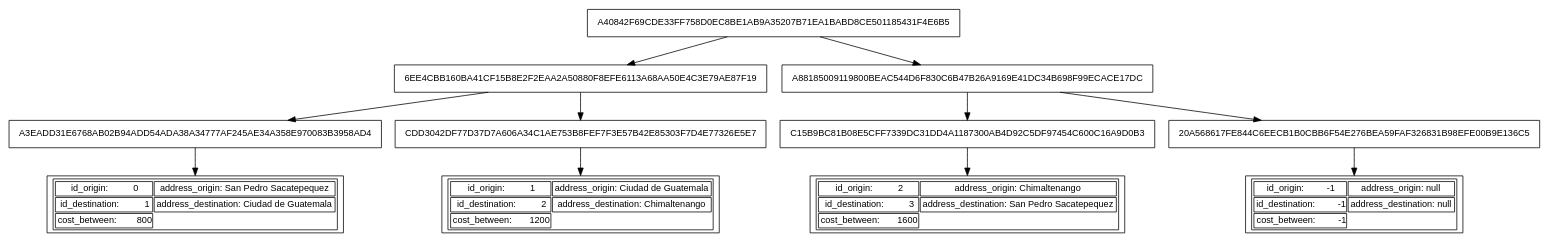
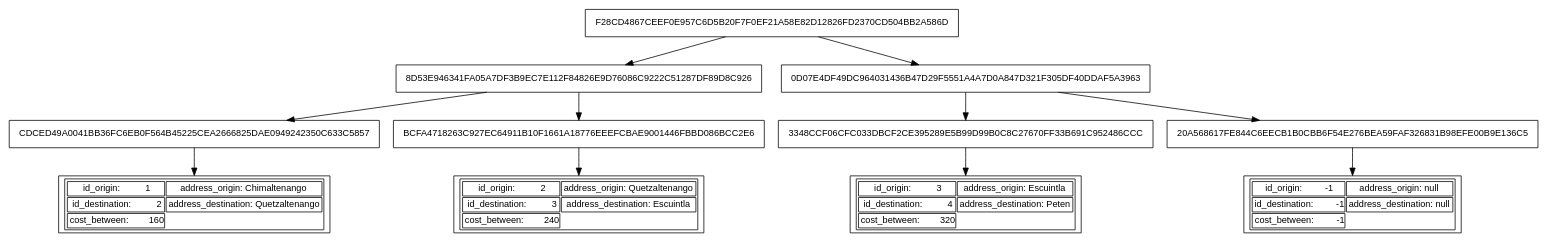
The diagram in Fase 3/outputs/merkle.dot (DiegoCali/EDD_PROYECTO_202201128), drawn with Graphviz before and after one commit. The commit also changed 3 other files, not shown here.

```diff
--- a/Fase 3/outputs/merkle.dot
+++ b/Fase 3/outputs/merkle.dot
@@ -1,48 +1,48 @@
 digraph Merkle_tree {
 node [shape=record, fontname=Arial, fontsize=12];
-16 [label="A40842F69CDE33FF758D0EC8BE1AB9A35207B71EA1BABD8CE501185431F4E6B5"];
-16 -> 17;
-16 -> 20;
-17 [label="6EE4CBB160BA41CF15B8E2F2EAA2A50880F8EFE6113A68AA50E4C3E79AE87F19"];
-17 -> 18;
-17 -> 19;
-18 [label="A3EADD31E6768AB02B94ADD54ADA38A34777AF245AE34A358E970083B3958AD4"];
-12 [label=<<TABLE><TR>
-<TD>id_origin:          0</TD>
-<TD>address_origin: San Pedro Sacatepequez</TD></TR>
-<TR><TD>id_destination:          1</TD>
-<TD>address_destination: Ciudad de Guatemala</TD></TR>
-<TR><TD>cost_between:        800</TD></TR>
+5 [label="F28CD4867CEEF0E957C6D5B20F7F0EF21A58E82D12826FD2370CD504BB2A586D"];
+5 -> 6;
+5 -> 9;
+6 [label="8D53E946341FA05A7DF3B9EC7E112F84826E9D76086C9222C51287DF89D8C926"];
+6 -> 7;
+6 -> 8;
+7 [label="CDCED49A0041BB36FC6EB0F564B45225CEA2666825DAE0949242350C633C5857"];
+1 [label=<<TABLE><TR>
+<TD>id_origin:          1</TD>
+<TD>address_origin: Chimaltenango</TD></TR>
+<TR><TD>id_destination:          2</TD>
+<TD>address_destination: Quetzaltenango</TD></TR>
+<TR><TD>cost_between:        160</TD></TR>
 </TABLE>>];
-18 -> 12;
-19 [label="CDD3042DF77D37D7A606A34C1AE753B8FEF7F3E57B42E85303F7D4E77326E5E7"];
-13 [label=<<TABLE><TR>
-<TD>id_origin:          1</TD>
-<TD>address_origin: Ciudad de Guatemala</TD></TR>
-<TR><TD>id_destination:          2</TD>
-<TD>address_destination: Chimaltenango</TD></TR>
-<TR><TD>cost_between:       1200</TD></TR>
+7 -> 1;
+8 [label="BCFA4718263C927EC64911B10F1661A18776EEEFCBAE9001446FBBD086BCC2E6"];
+2 [label=<<TABLE><TR>
+<TD>id_origin:          2</TD>
+<TD>address_origin: Quetzaltenango</TD></TR>
+<TR><TD>id_destination:          3</TD>
+<TD>address_destination: Escuintla</TD></TR>
+<TR><TD>cost_between:        240</TD></TR>
 </TABLE>>];
-19 -> 13;
-20 [label="A88185009119800BEAC544D6F830C6B47B26A9169E41DC34B698F99ECACE17DC"];
-20 -> 21;
-20 -> 22;
-21 [label="C15B9BC81B08E5CFF7339DC31DD4A1187300AB4D92C5DF97454C600C16A9D0B3"];
-14 [label=<<TABLE><TR>
-<TD>id_origin:          2</TD>
-<TD>address_origin: Chimaltenango</TD></TR>
-<TR><TD>id_destination:          3</TD>
-<TD>address_destination: San Pedro Sacatepequez</TD></TR>
-<TR><TD>cost_between:       1600</TD></TR>
+8 -> 2;
+9 [label="0D07E4DF49DC964031436B47D29F5551A4A7D0A847D321F305DF40DDAF5A3963"];
+9 -> 10;
+9 -> 11;
+10 [label="3348CCF06CFC033DBCF2CE395289E5B99D99B0C8C27670FF33B691C952486CCC"];
+3 [label=<<TABLE><TR>
+<TD>id_origin:          3</TD>
+<TD>address_origin: Escuintla</TD></TR>
+<TR><TD>id_destination:          4</TD>
+<TD>address_destination: Peten</TD></TR>
+<TR><TD>cost_between:        320</TD></TR>
 </TABLE>>];
-21 -> 14;
-22 [label="20A568617FE844C6EECB1B0CBB6F54E276BEA59FAF326831B98EFE00B9E136C5"];
-15 [label=<<TABLE><TR>
+10 -> 3;
+11 [label="20A568617FE844C6EECB1B0CBB6F54E276BEA59FAF326831B98EFE00B9E136C5"];
+4 [label=<<TABLE><TR>
 <TD>id_origin:         -1</TD>
 <TD>address_origin: null</TD></TR>
 <TR><TD>id_destination:         -1</TD>
 <TD>address_destination: null</TD></TR>
 <TR><TD>cost_between:         -1</TD></TR>
 </TABLE>>];
-22 -> 15;
+11 -> 4;
 }
```
